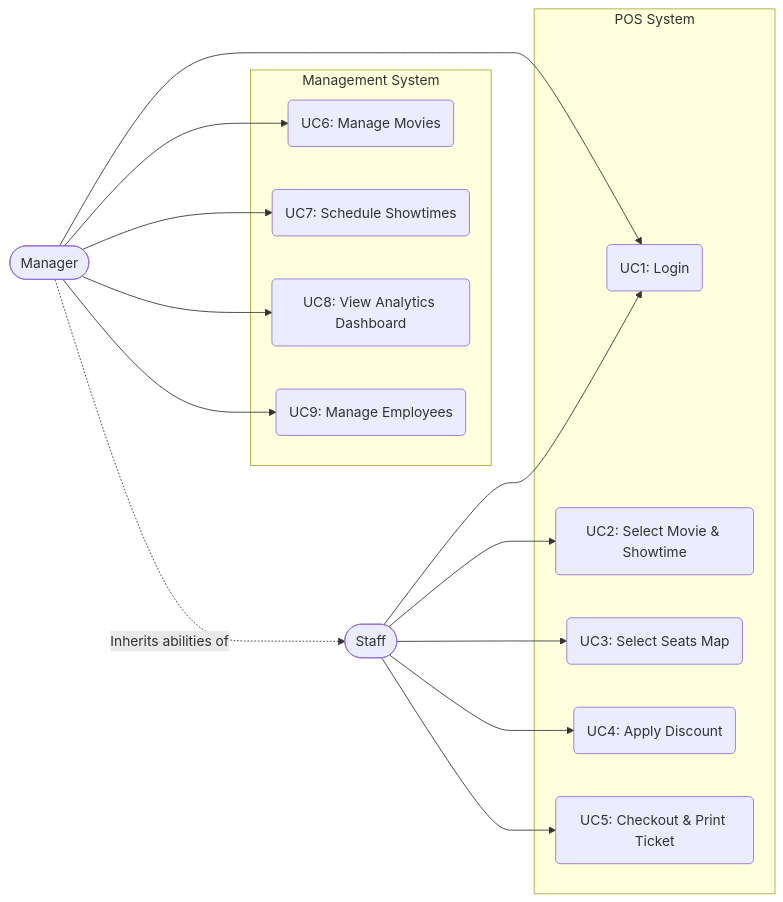
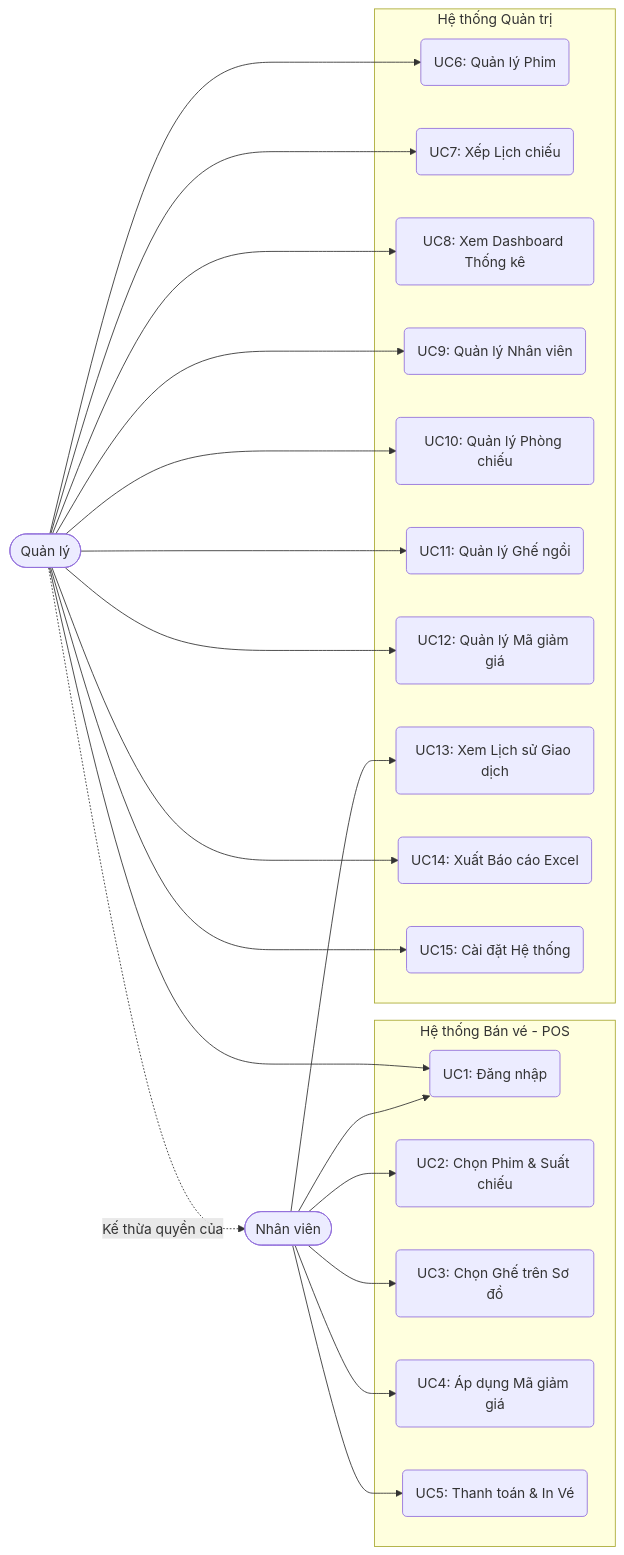
The first of 3 diagrams in non-relevant/03_UseCases_And_Workflows.md (vtgh04/RapPhim), drawn with Mermaid before and after one commit. The commit also changed other lines of this file and 3 other files, not shown here.

````diff
--- a/non-relevant/03_UseCases_And_Workflows.md
+++ b/non-relevant/03_UseCases_And_Workflows.md
@@ -9,35 +8,47 @@
 ```mermaid
 flowchart LR
-    Staff([Staff])
-    Manager([Manager])
+    Staff([Nhân viên])
+    Manager([Quản lý])
 
-    subgraph POS System
-        UC1(UC1: Login)
-        UC2(UC2: Select Movie & Showtime)
-        UC3(UC3: Select Seats Map)
-        UC4(UC4: Apply Discount)
-        UC5(UC5: Checkout & Print Ticket)
+    subgraph POS System [Hệ thống Bán vé - POS]
+        UC1(UC1: Đăng nhập)
+        UC2(UC2: Chọn Phim & Suất chiếu)
+        UC3(UC3: Chọn Ghế trên Sơ đồ)
+        UC4(UC4: Áp dụng Mã giảm giá)
+        UC5(UC5: Thanh toán & In Vé)
     end
 
-    subgraph Management System
-        UC6(UC6: Manage Movies)
-        UC7(UC7: Schedule Showtimes)
-        UC8(UC8: View Analytics Dashboard)
-        UC9(UC9: Manage Employees)
+    subgraph Management System [Hệ thống Quản trị]
+        UC6(UC6: Quản lý Phim)
+        UC7(UC7: Xếp Lịch chiếu)
+        UC8(UC8: Xem Dashboard Thống kê)
+        UC9(UC9: Quản lý Nhân viên)
+        UC10(UC10: Quản lý Phòng chiếu)
+        UC11(UC11: Quản lý Ghế ngồi)
+        UC12(UC12: Quản lý Mã giảm giá)
+        UC13(UC13: Xem Lịch sử Giao dịch)
+        UC14(UC14: Xuất Báo cáo Excel)
+        UC15(UC15: Cài đặt Hệ thống)
     end
 
     Staff --> UC1
     Staff --> UC2
     Staff --> UC3
     Staff --> UC4
     Staff --> UC5
+    Staff --> UC13
 
     Manager --> UC1
     Manager --> UC6
     Manager --> UC7
     Manager --> UC8
     Manager --> UC9
+    Manager --> UC10
+    Manager --> UC11
+    Manager --> UC12
+    Manager --> UC14
+    Manager --> UC15
     
-    %% Manager inherits Staff abilities implicitly
-    Manager -.->|Inherits abilities of| Staff
+    %% Quản lý kế thừa các quyền của Nhân viên
+    Manager -.->|Kế thừa quyền của| Staff
 ```
````
